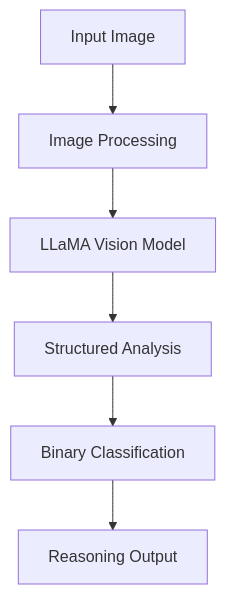
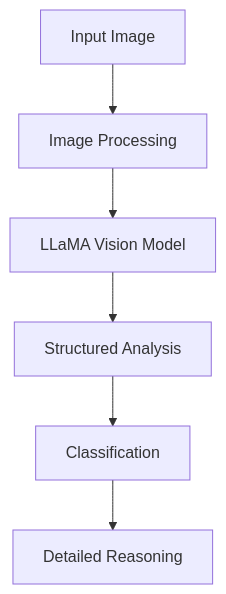
The diagram in README.md (rayhotate/suction_detection_with_llama3), drawn with Mermaid before and after one commit. The commit also changed other lines of this file and 2 other files, not shown here.

````diff
--- a/README.md
+++ b/README.md
@@ -422,8 +461,8 @@
 ```mermaid
 graph TD
     A[Input Image] --> B[Image Processing]
     B --> C[LLaMA Vision Model]
     C --> D[Structured Analysis]
-    D --> E[Binary Classification]
-    E --> F[Reasoning Output]
+    D --> E[Classification]
+    E --> F[Detailed Reasoning]
 ```
````
